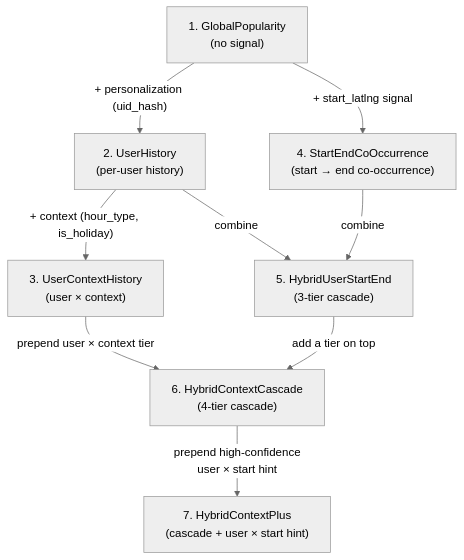
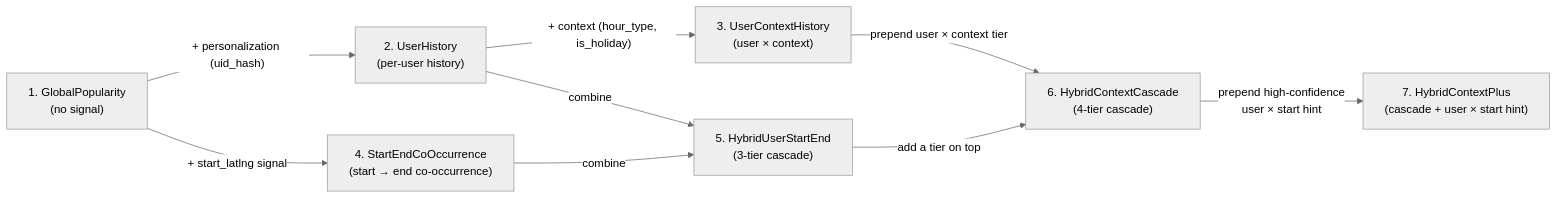
One commit to bamboochen92518/Taxi-Dropoff-Recommendation changed the diagram in baseline/baseline.md. Above: the diagram before and after it, drawn with Mermaid (neutral theme).

Commit message:
change flowchart direction

````diff
--- a/baseline/baseline.md
+++ b/baseline/baseline.md
@@ -22,22 +22,22 @@
 ```mermaid
-flowchart TD
+flowchart LR
     B1["1. GlobalPopularity<br/>(no signal)"]
     B2["2. UserHistory<br/>(per-user history)"]
     B3["3. UserContextHistory<br/>(user × context)"]
     B4["4. StartEndCoOccurrence<br/>(start → end co-occurrence)"]
     B5["5. HybridUserStartEnd<br/>(3-tier cascade)"]
     B6["6. HybridContextCascade<br/>(4-tier cascade)"]
     B7["7. HybridContextPlus<br/>(cascade + user × start hint)"]
 
     B1 -- "+ personalization (uid_hash)" --> B2
     B2 -- "+ context (hour_type, is_holiday)" --> B3
     B1 -- "+ start_latlng signal" --> B4
 
     B2 -- "combine" --> B5
     B4 -- "combine" --> B5
 
     B3 -- "prepend user × context tier" --> B6
     B5 -- "add a tier on top" --> B6
 
     B6 -- "prepend high-confidence<br/>user × start hint" --> B7
 ```
````
